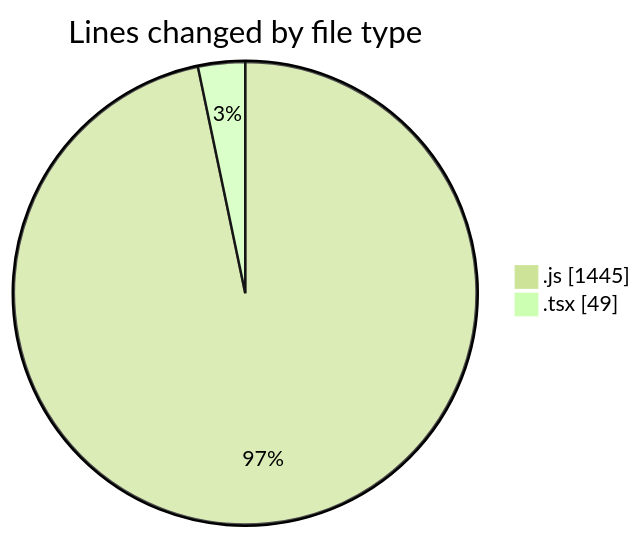
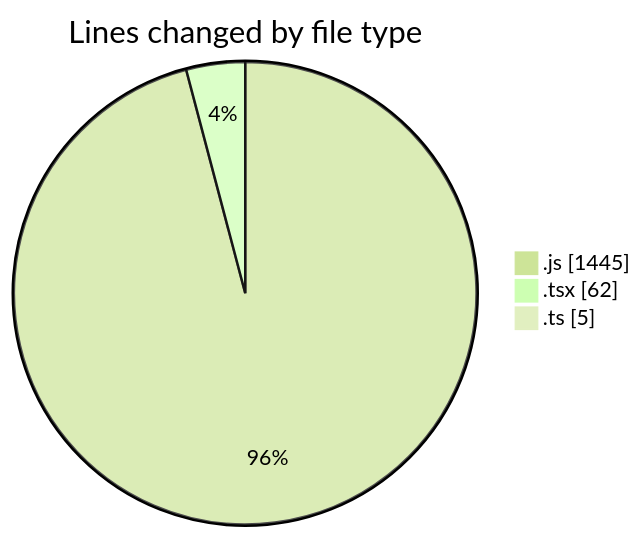
The first of 2 diagrams in 2025-03-13/cda/README.md (momahboobian/code-tracking), drawn with Mermaid (forest theme) before and after one commit. The commit also changed other lines of this file and 1 other file, not shown here.

````diff
--- a/2025-03-13/cda/README.md
+++ b/2025-03-13/cda/README.md
@@ -24,6 +25,7 @@
 ```mermaid
 pie showData
 title Lines changed by file type
 ".js" : 1445
-".tsx" : 49
+".tsx" : 62
+".ts" : 5
 ```
````
